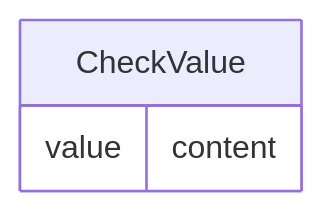
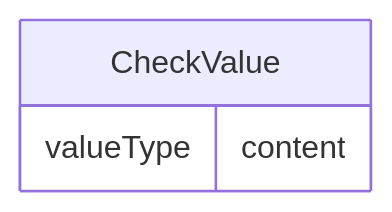
The diagram in docs/CheckValue.md (cdisc-org/DataExchange-ODM-LinkML), drawn with Mermaid before and after one commit. The commit also changed other lines of this file and 759 other files, not shown here.

````diff
--- a/docs/CheckValue.md
+++ b/docs/CheckValue.md
@@ -11,9 +11,9 @@
 ```mermaid
 erDiagram
 CheckValue {
-    value content  
+    valueType content  
 }
 
 
 
 ```
````
